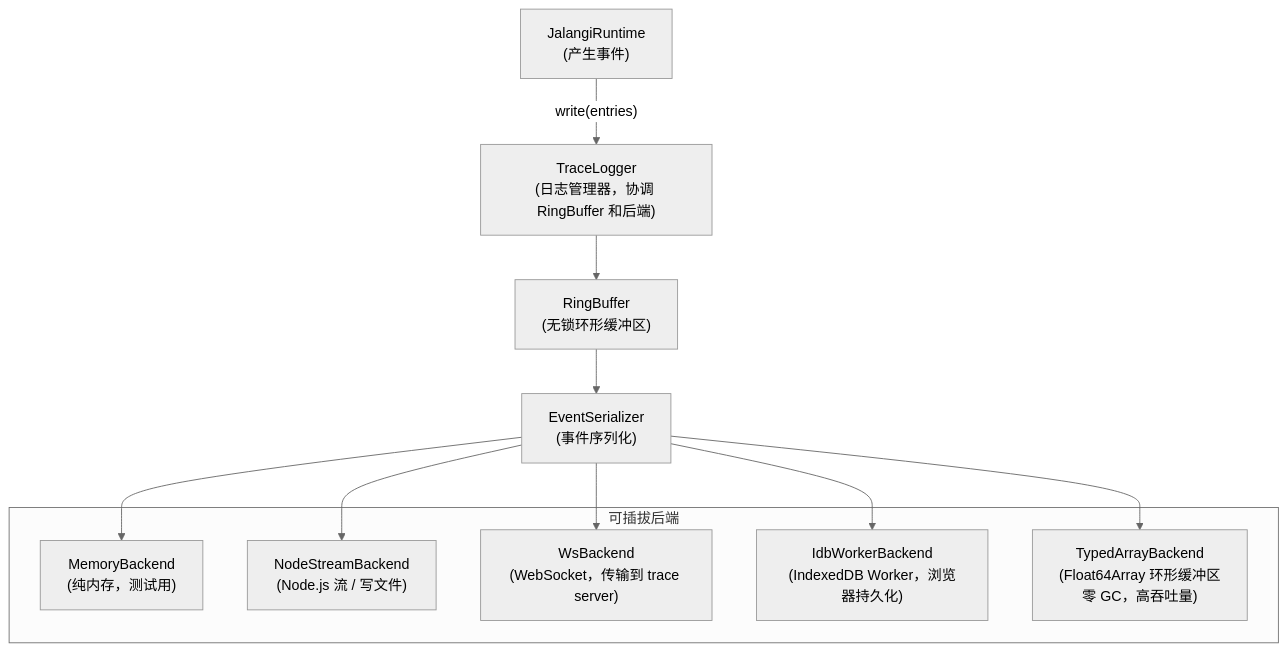
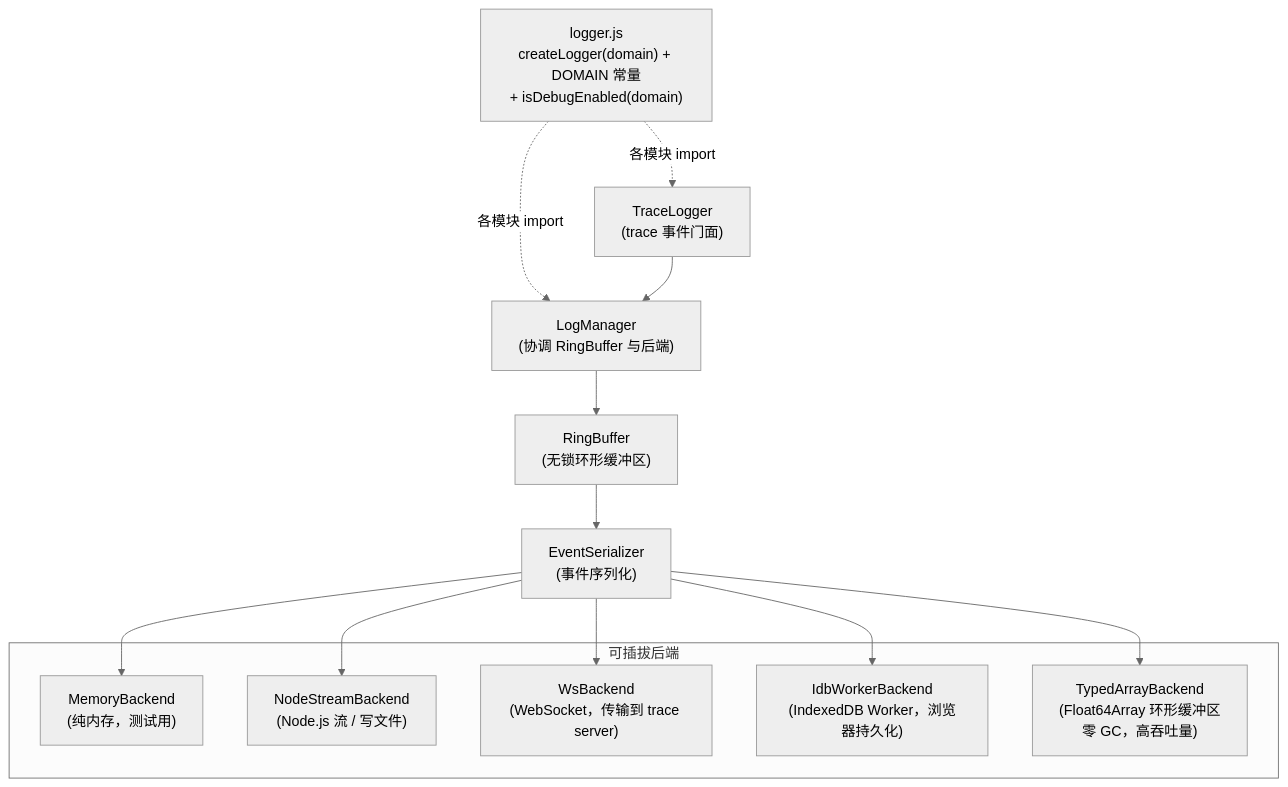
One commit to fuckreverse/Jani changed the fifth of 6 diagrams in docs/Runtime-System.md. Above: the diagram before and after it, drawn with Mermaid (neutral theme). The commit also changed other lines of this file and 22 other files, not shown here.

````diff
--- a/docs/Runtime-System.md
+++ b/docs/Runtime-System.md
@@ -450,24 +526,27 @@
 ```mermaid
 flowchart TD
-    RT["JalangiRuntime\n(产生事件)"]
-    TL["TraceLogger\n(日志管理器，协调 RingBuffer 和后端)"]
+    LOGGER["logger.js\ncreateLogger(domain) + DOMAIN 常量\n+ isDebugEnabled(domain)"]
+    TL["TraceLogger\n(trace 事件门面)"]
+    LM["LogManager\n(协调 RingBuffer 与后端)"]
     RB["RingBuffer\n(无锁环形缓冲区)"]
     ES["EventSerializer\n(事件序列化)"]
 
     subgraph Backends["可插拔后端"]
         MB["MemoryBackend\n(纯内存，测试用)"]
         NS["NodeStreamBackend\n(Node.js 流 / 写文件)"]
         WS["WsBackend\n(WebSocket，传输到 trace server)"]
         IDB["IdbWorkerBackend\n(IndexedDB Worker，浏览器持久化)"]
         TA["TypedArrayBackend\n(Float64Array 环形缓冲区\n零 GC，高吞吐量)"]
     end
 
-    RT -->|"write(entries)"| TL
-    TL --> RB
+    LOGGER -.->|"各模块 import"| TL
+    LOGGER -.->|"各模块 import"| LM
+    TL --> LM
+    LM --> RB
     RB --> ES
     ES --> MB
     ES --> NS
     ES --> WS
     ES --> IDB
     ES --> TA
 ```
````
